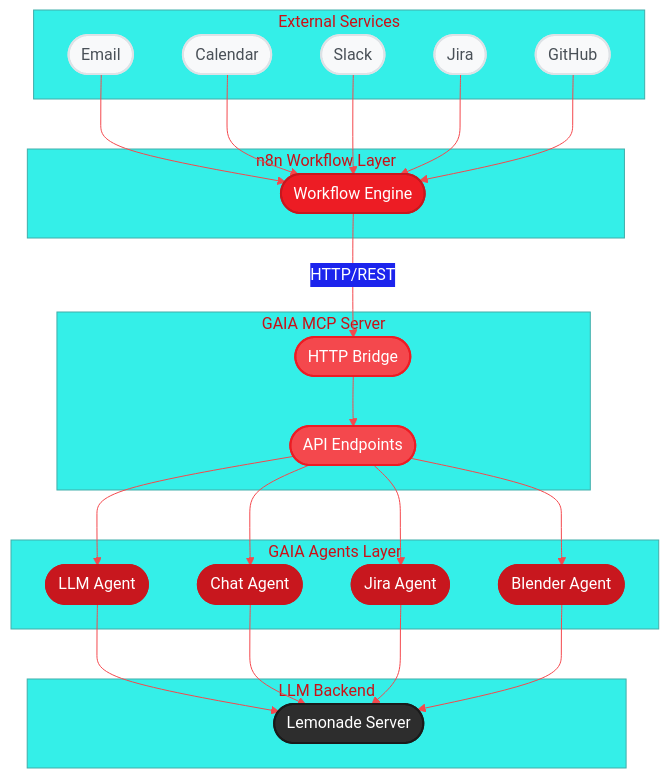
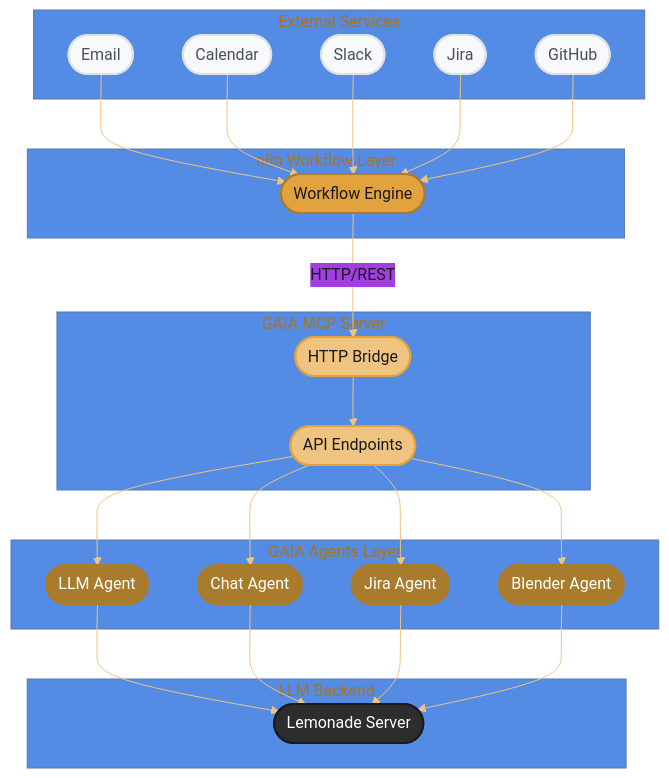
One commit to amd/gaia changed the diagram in docs/integrations/n8n.mdx. Above: the diagram before and after it, drawn with Mermaid. The commit also changed 37 other files, not shown here.

````diff
--- a/docs/integrations/n8n.mdx
+++ b/docs/integrations/n8n.mdx
@@ -23,67 +23,67 @@
 ```mermaid
-%%{init: {'theme':'base', 'themeVariables': { 'primaryColor':'#ED1C24', 'primaryTextColor':'#fff', 'primaryBorderColor':'#C8171E', 'lineColor':'#F4484D', 'fontFamily': 'system-ui, -apple-system, sans-serif'}}}%%
+%%{init: {'theme':'base', 'themeVariables': { 'primaryColor':'#E2A33E', 'primaryTextColor':'#1a1a1a', 'primaryBorderColor':'#A87B2D', 'lineColor':'#EFC480', 'fontFamily': 'system-ui, -apple-system, sans-serif'}}}%%
 graph TB
     subgraph External["External Services"]
         Email(["Email"])
         Calendar(["Calendar"])
         Slack(["Slack"])
         Jira(["Jira"])
         GitHub(["GitHub"])
     end
 
     subgraph N8N["n8n Workflow Layer"]
         Workflow(["Workflow Engine"])
     end
 
     subgraph MCP_Server["GAIA MCP Server"]
         MCP(["HTTP Bridge"])
         Endpoints(["API Endpoints"])
     end
 
     subgraph Agents["GAIA Agents Layer"]
         LLM(["LLM Agent"])
         Chat(["Chat Agent"])
         JiraAgent(["Jira Agent"])
         Blender(["Blender Agent"])
     end
 
     subgraph Backend["LLM Backend"]
         Lemonade(["Lemonade Server"])
     end
 
     Email --> Workflow
     Calendar --> Workflow
     Slack --> Workflow
     Jira --> Workflow
     GitHub --> Workflow
 
     Workflow -->|"HTTP/REST"| MCP
     MCP --> Endpoints
     Endpoints --> LLM
     Endpoints --> Chat
     Endpoints --> JiraAgent
     Endpoints --> Blender
 
     LLM --> Lemonade
     Chat --> Lemonade
     JiraAgent --> Lemonade
     Blender --> Lemonade
 
     style Email fill:#f8f9fa,stroke:#dee2e6,stroke-width:2px,color:#495057
     style Calendar fill:#f8f9fa,stroke:#dee2e6,stroke-width:2px,color:#495057
     style Slack fill:#f8f9fa,stroke:#dee2e6,stroke-width:2px,color:#495057
     style Jira fill:#f8f9fa,stroke:#dee2e6,stroke-width:2px,color:#495057
     style GitHub fill:#f8f9fa,stroke:#dee2e6,stroke-width:2px,color:#495057
 
-    style Workflow fill:#ED1C24,stroke:#C8171E,stroke-width:2px,color:#fff
+    style Workflow fill:#E2A33E,stroke:#A87B2D,stroke-width:2px,color:#1a1a1a
 
-    style MCP fill:#F4484D,stroke:#ED1C24,stroke-width:2px,color:#fff
-    style Endpoints fill:#F4484D,stroke:#ED1C24,stroke-width:2px,color:#fff
+    style MCP fill:#EFC480,stroke:#E2A33E,stroke-width:2px,color:#1a1a1a
+    style Endpoints fill:#EFC480,stroke:#E2A33E,stroke-width:2px,color:#1a1a1a
 
-    style LLM fill:#C8171E,stroke:#C8171E,stroke-width:2px,color:#fff
-    style Chat fill:#C8171E,stroke:#C8171E,stroke-width:2px,color:#fff
-    style JiraAgent fill:#C8171E,stroke:#C8171E,stroke-width:2px,color:#fff
-    style Blender fill:#C8171E,stroke:#C8171E,stroke-width:2px,color:#fff
+    style LLM fill:#A87B2D,stroke:#A87B2D,stroke-width:2px,color:#fff
+    style Chat fill:#A87B2D,stroke:#A87B2D,stroke-width:2px,color:#fff
+    style JiraAgent fill:#A87B2D,stroke:#A87B2D,stroke-width:2px,color:#fff
+    style Blender fill:#A87B2D,stroke:#A87B2D,stroke-width:2px,color:#fff
 
     style Lemonade fill:#2d2d2d,stroke:#1a1a1a,stroke-width:2px,color:#fff
 ```
````
